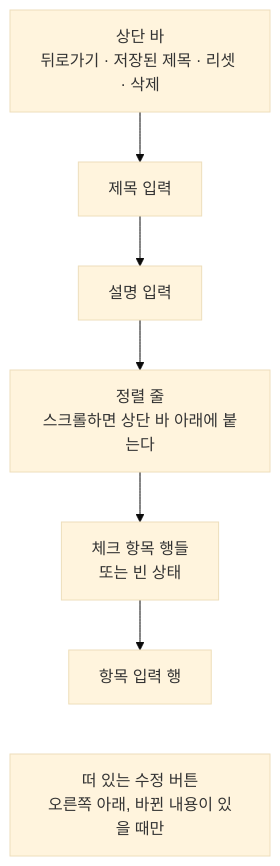
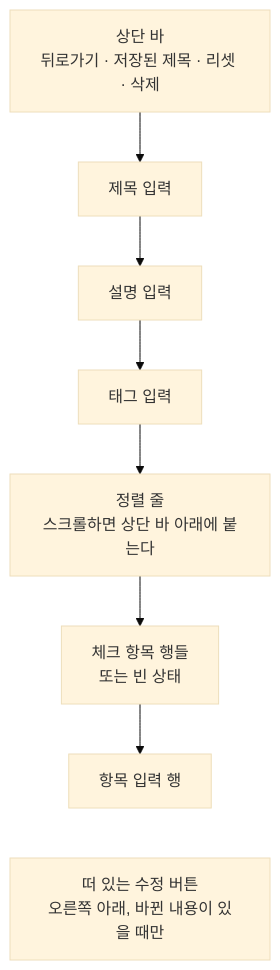
The first of 2 diagrams in docs/design/checklist-detail.md (taetae98coding/DiaryKMP), drawn with Mermaid (base theme) before and after one commit. The commit also changed other lines of this file and 98 other files, not shown here.

````diff
--- a/docs/design/checklist-detail.md
+++ b/docs/design/checklist-detail.md
@@ -17,12 +17,13 @@
 ```mermaid
 flowchart TB
     top["상단 바<br/>뒤로가기 · 저장된 제목 · 리셋 · 삭제"]
     title["제목 입력"]
     desc["설명 입력"]
+    tag["태그 입력"]
     sort["정렬 줄<br/>스크롤하면 상단 바 아래에 붙는다"]
     items["체크 항목 행들<br/>또는 빈 상태"]
     input["항목 입력 행"]
     fab["떠 있는 수정 버튼<br/>오른쪽 아래, 바뀐 내용이 있을 때만"]
-    top --> title --> desc --> sort --> items --> input
+    top --> title --> desc --> tag --> sort --> items --> input
     input ~~~ fab
 ```
````
